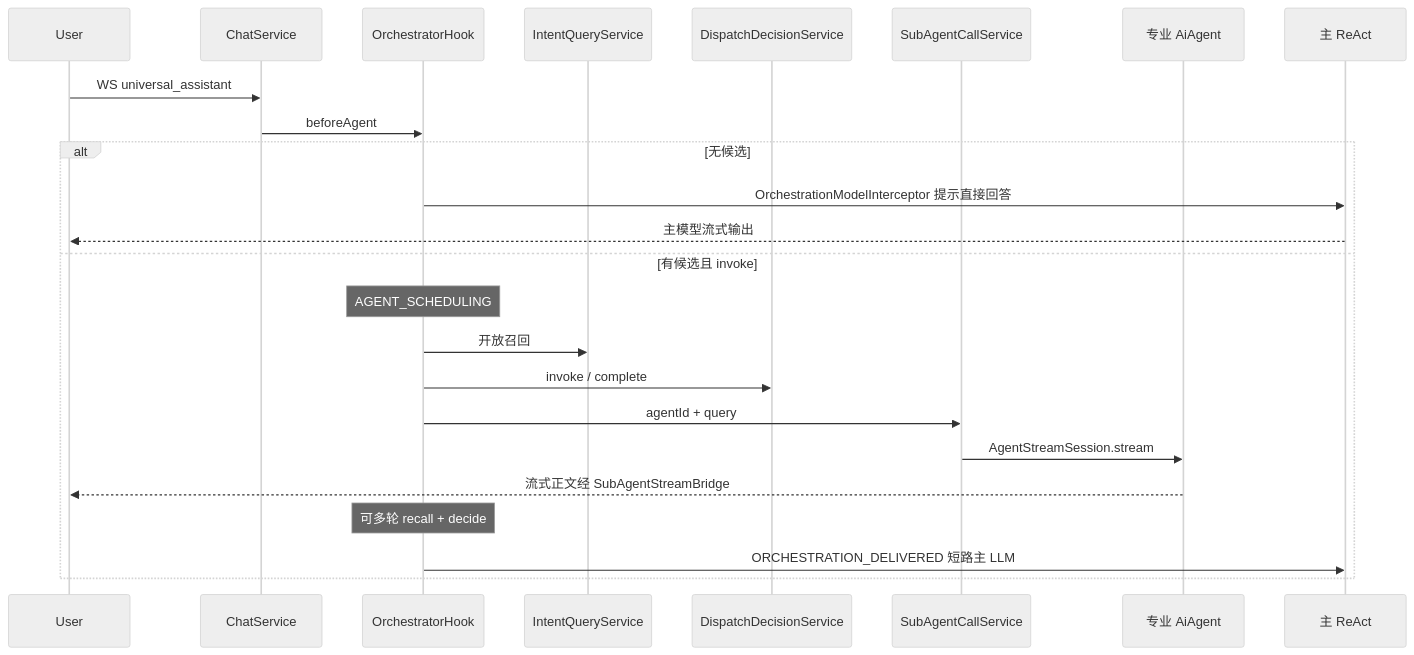
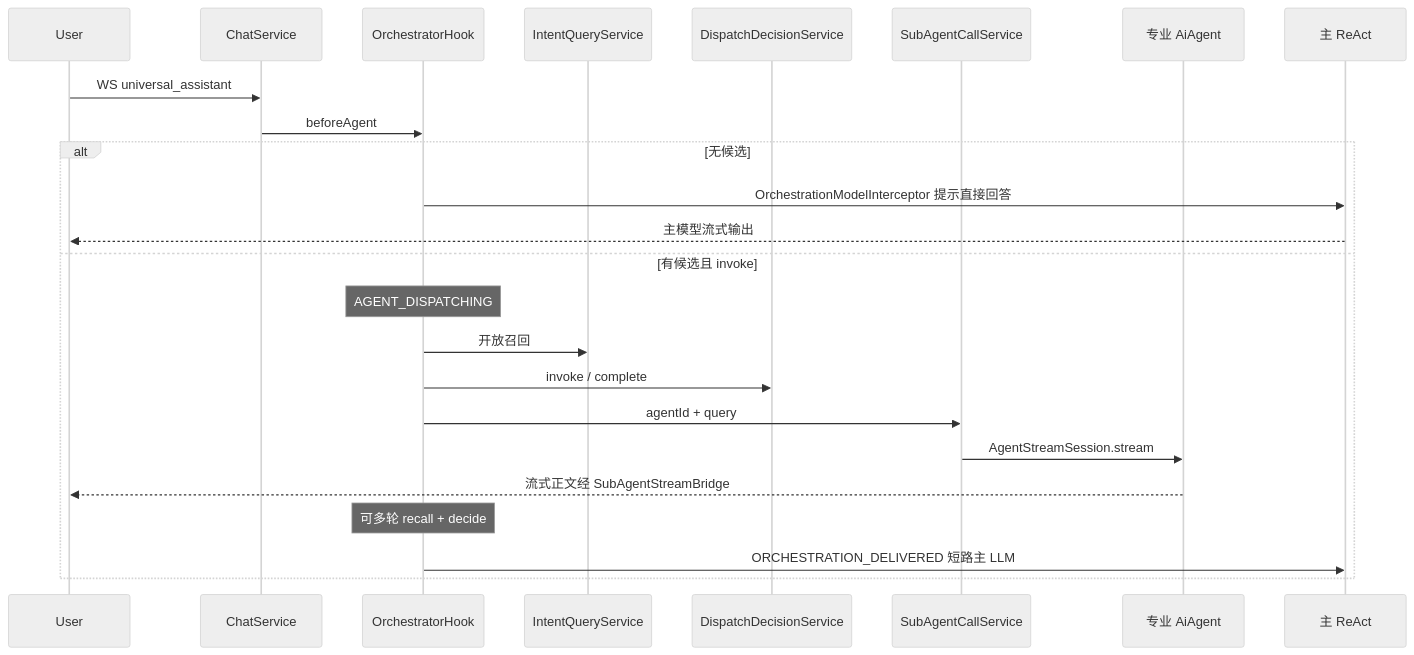
The second of 3 diagrams in 平台/通用助手/README.md (j2agent-ai/j2agent-docs), drawn with Mermaid (neutral theme) before and after one commit. The commit also changed other lines of this file and 3 other files, not shown here.

First line of the commit message:
rename(AgentState): 将AGENT_SCHEDULING重命名为AGENT_DISPATCHING

````diff
--- a/平台/通用助手/README.md
+++ b/平台/通用助手/README.md
@@ -42,27 +42,27 @@
 ```mermaid
 sequenceDiagram
   participant User
   participant ChatService
   participant Hook as OrchestratorHook
   participant Svc as IntentQueryService
   participant Decide as DispatchDecisionService
   participant Call as SubAgentCallService
   participant Specialist as 专业 AiAgent
   participant Main as 主 ReAct
 
   User->>ChatService: WS universal_assistant
   ChatService->>Hook: beforeAgent
   alt 无候选
     Hook->>Main: OrchestrationModelInterceptor 提示直接回答
     Main-->>User: 主模型流式输出
   else 有候选且 invoke
-    Note over Hook: AGENT_SCHEDULING
+    Note over Hook: AGENT_DISPATCHING
     Hook->>Svc: 开放召回
     Hook->>Decide: invoke / complete
     Hook->>Call: agentId + query
     Call->>Specialist: AgentStreamSession.stream
     Specialist-->>User: 流式正文经 SubAgentStreamBridge
     Note over Hook: 可多轮 recall + decide
     Hook->>Main: ORCHESTRATION_DELIVERED 短路主 LLM
   end
 ```
````
